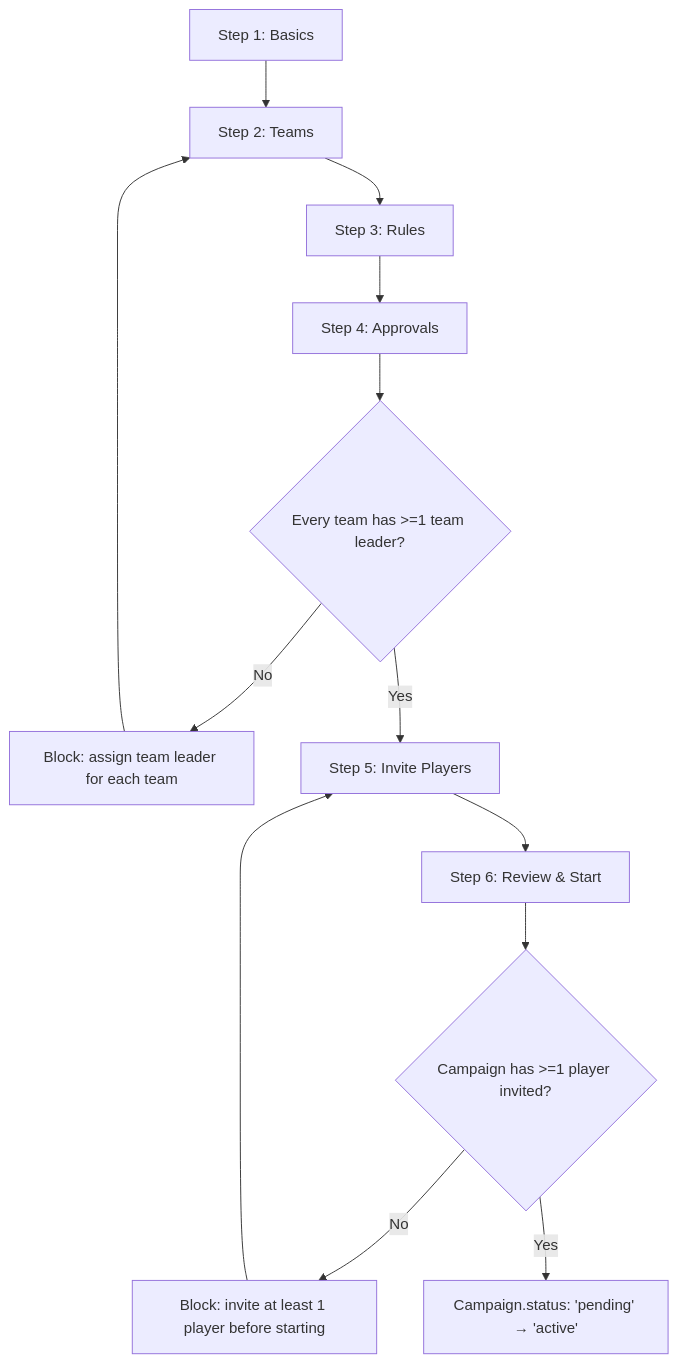
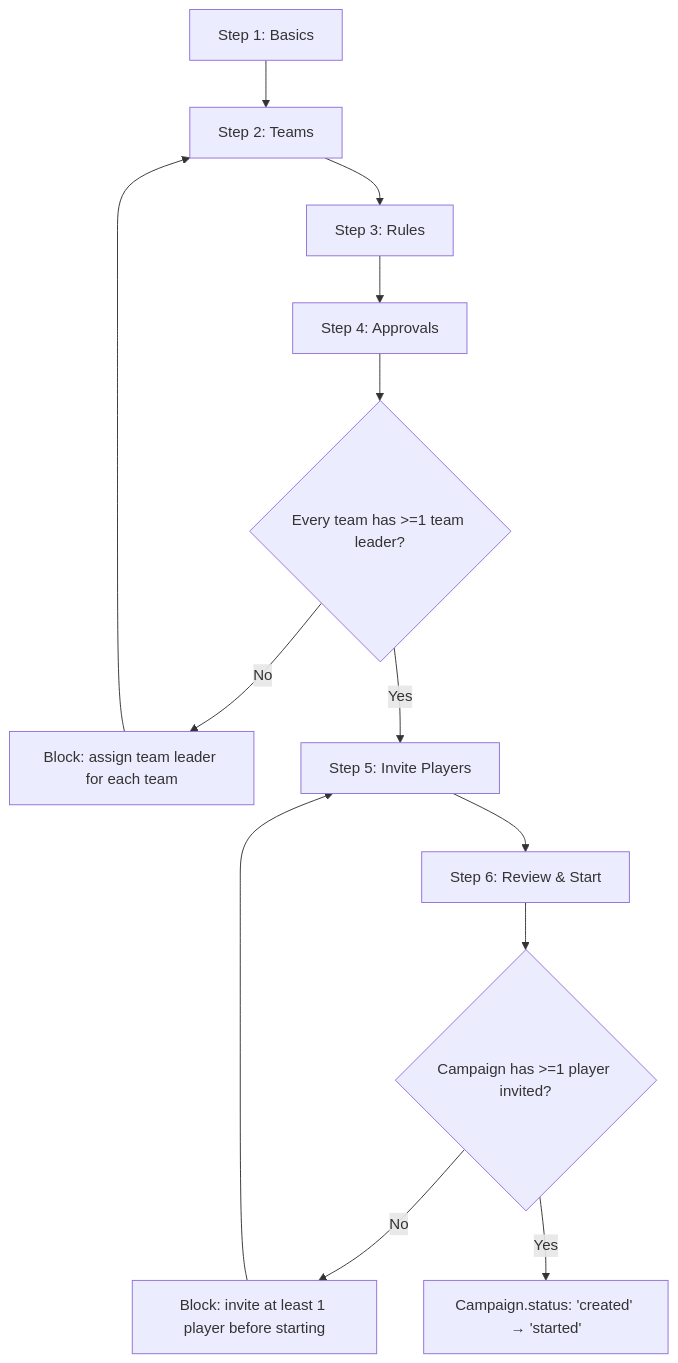
Before and after one commit to kaykayyali/crusade-master-prds: the first of 2 diagrams in prd-1-crusade-master-admin.md, drawn with Mermaid. The commit also changed other lines of this file and 8 other files, not shown here.

````diff
--- a/prd-1-crusade-master-admin.md
+++ b/prd-1-crusade-master-admin.md
@@ -122,15 +122,15 @@
 ```mermaid
 flowchart TD
     A[Step 1: Basics] --> B[Step 2: Teams]
     B --> C[Step 3: Rules]
     C --> D[Step 4: Approvals]
     D --> E{Every team has >=1 team leader?}
     E -->|No| F[Block: assign team leader for each team]
     F --> B
     E -->|Yes| G[Step 5: Invite Players]
     G --> H[Step 6: Review & Start]
     H --> I{Campaign has >=1 player invited?}
     I -->|No| J[Block: invite at least 1 player before starting]
     J --> G
-    I -->|Yes| K[Campaign.status: 'pending' → 'active']
+    I -->|Yes| K[Campaign.status: 'created' → 'started']
 ```
````
